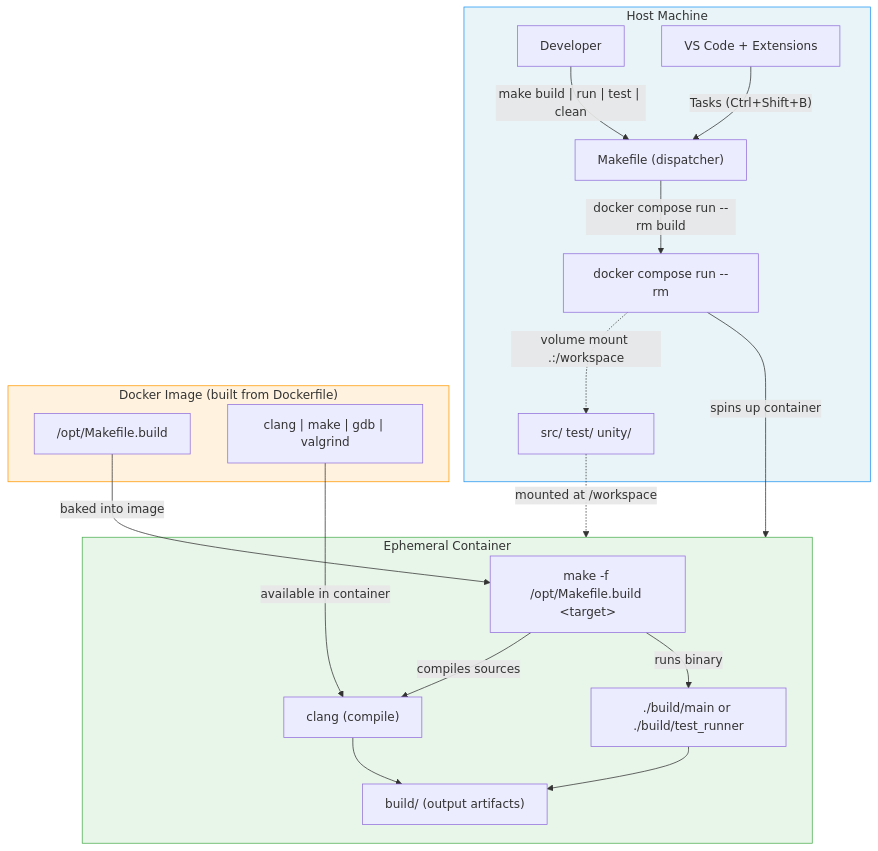
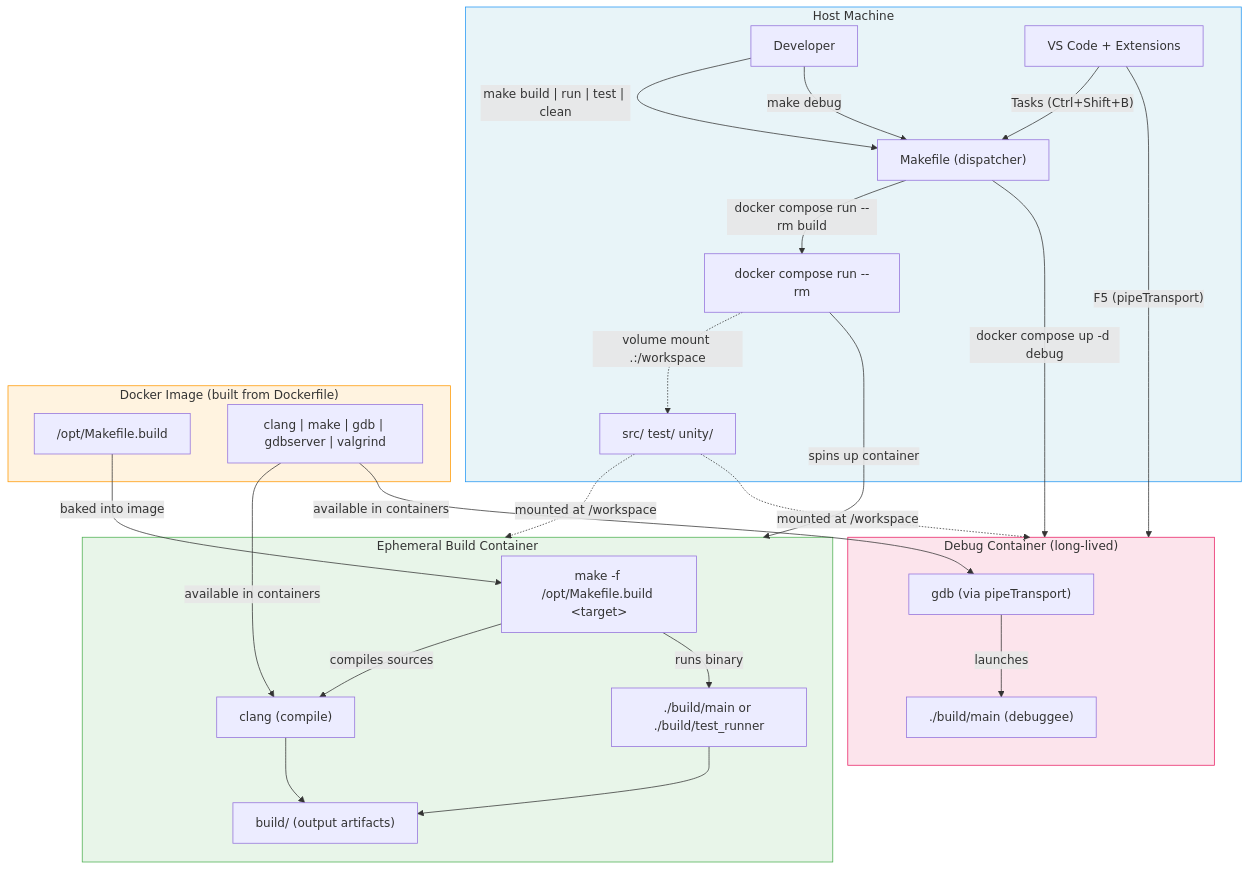
One commit to Decans/c_sandbox02 changed the first of 3 diagrams in README.md. Above: the diagram before and after it, drawn with Mermaid. The commit also changed other lines of this file and 7 other files, not shown here.

First line of the commit message:
Add VS Code debugging via GDB pipeTransport in Docker

````diff
--- a/README.md
+++ b/README.md
@@ -68,39 +70,51 @@
 ```mermaid
 flowchart TD
     subgraph Host["Host Machine"]
         User["Developer"]
         VSCode["VS Code + Extensions"]
         HostMake["Makefile (dispatcher)"]
         DC["docker compose run --rm"]
         SrcVol["src/ test/ unity/"]
     end
 
     subgraph Image["Docker Image (built from Dockerfile)"]
         BuildMake["/opt/Makefile.build"]
-        Toolchain["clang | make | gdb | valgrind"]
+        Toolchain["clang | make | gdb | gdbserver | valgrind"]
     end
 
-    subgraph Container["Ephemeral Container"]
+    subgraph BuildContainer["Ephemeral Build Container"]
         ContMake["make -f /opt/Makefile.build &lt;target&gt;"]
         Clang["clang (compile)"]
         Runner["./build/main or ./build/test_runner"]
         BuildDir["build/ (output artifacts)"]
     end
 
+    subgraph DebugContainer["Debug Container (long-lived)"]
+        GDB["gdb (via pipeTransport)"]
+        DebugBin["./build/main (debuggee)"]
+    end
+
     User -- "make build | run | test | clean" --> HostMake
+    User -- "make debug" --> HostMake
     VSCode -- "Tasks (Ctrl+Shift+B)" --> HostMake
+    VSCode -- "F5 (pipeTransport)" --> DebugContainer
     HostMake -- "docker compose run --rm build" --> DC
-    DC -- "spins up container" --> Container
+    HostMake -- "docker compose up -d debug" --> DebugContainer
+    DC -- "spins up container" --> BuildContainer
     DC -. "volume mount .:/workspace" .-> SrcVol
-    SrcVol -. "mounted at /workspace" .-> Container
+    SrcVol -. "mounted at /workspace" .-> BuildContainer
+    SrcVol -. "mounted at /workspace" .-> DebugContainer
     BuildMake -- "baked into image" --> ContMake
     ContMake -- "compiles sources" --> Clang
     Clang --> BuildDir
     ContMake -- "runs binary" --> Runner
     Runner --> BuildDir
-    Toolchain -- "available in container" --> Clang
+    Toolchain -- "available in containers" --> Clang
+    Toolchain -- "available in containers" --> GDB
+    GDB -- "launches" --> DebugBin
 
     style Host fill:#e8f4f8,stroke:#2196F3
     style Image fill:#fff3e0,stroke:#FF9800
-    style Container fill:#e8f5e9,stroke:#4CAF50
+    style BuildContainer fill:#e8f5e9,stroke:#4CAF50
+    style DebugContainer fill:#fce4ec,stroke:#E91E63
 ```
````
